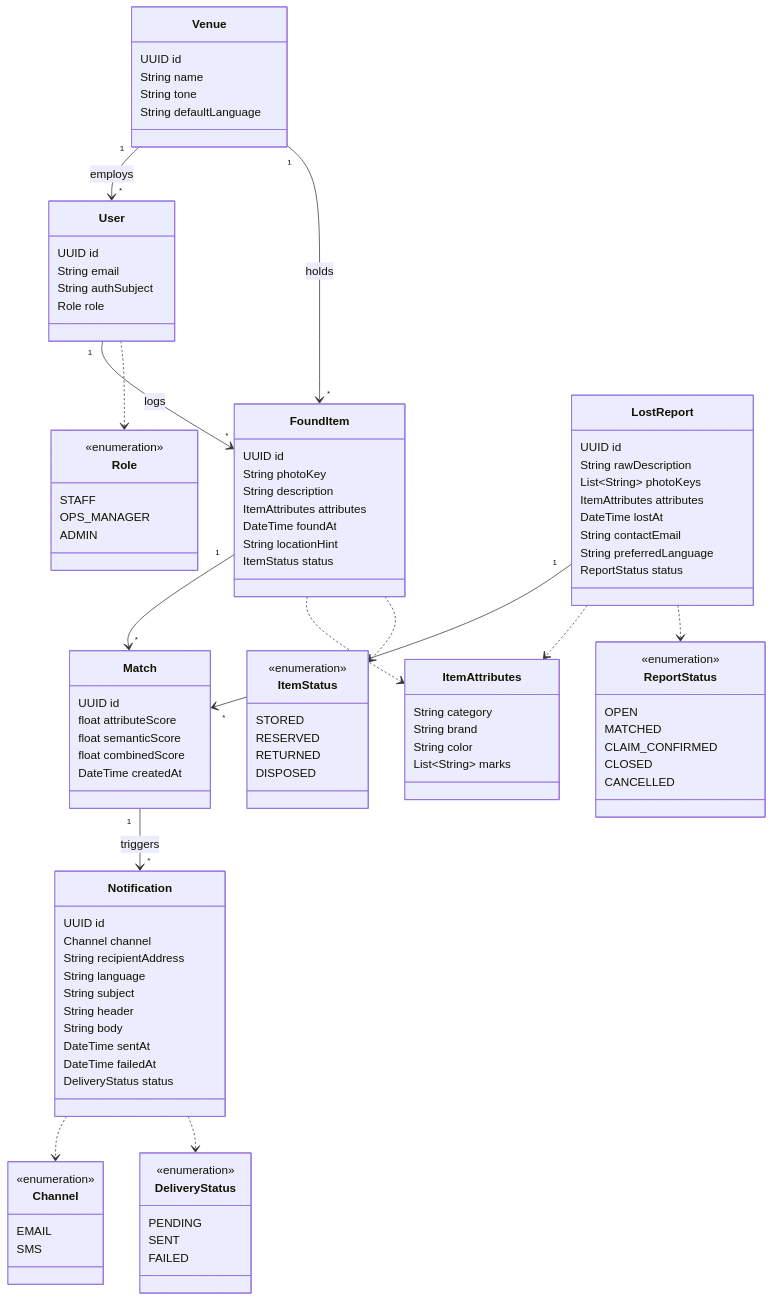
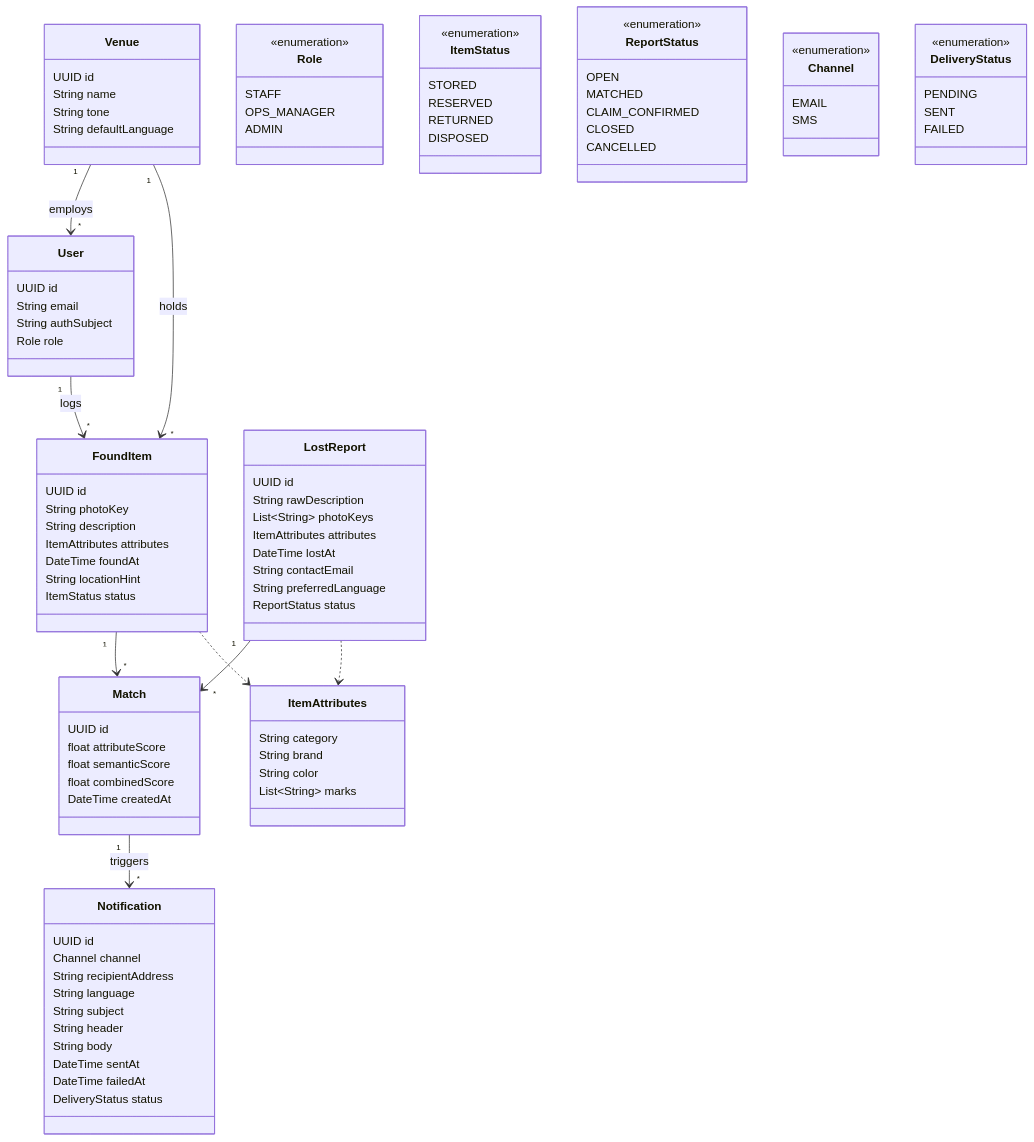
Before and after one commit to AET-DevOps26/team-chaos-monkeys: the first of 2 diagrams in docs/architecture.md, drawn with Mermaid.

Commit message:
Reduce enum edges in object model

````diff
--- a/docs/architecture.md
+++ b/docs/architecture.md
@@ -199,9 +199,4 @@
     Match "1" --> "*" Notification : triggers
     FoundItem ..> ItemAttributes
     LostReport ..> ItemAttributes
-    User ..> Role
-    FoundItem ..> ItemStatus
-    LostReport ..> ReportStatus
-    Notification ..> Channel
-    Notification ..> DeliveryStatus
 ```
````
